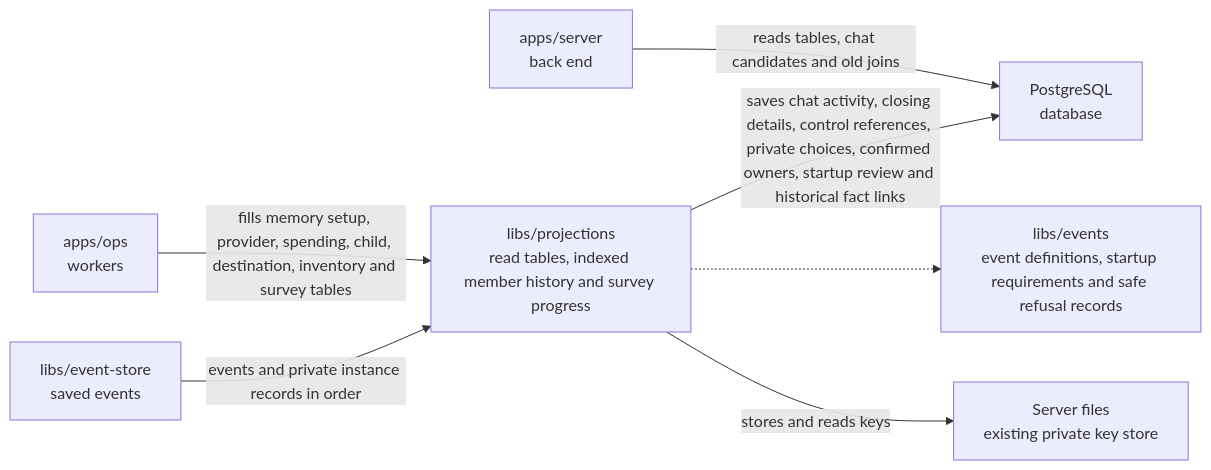
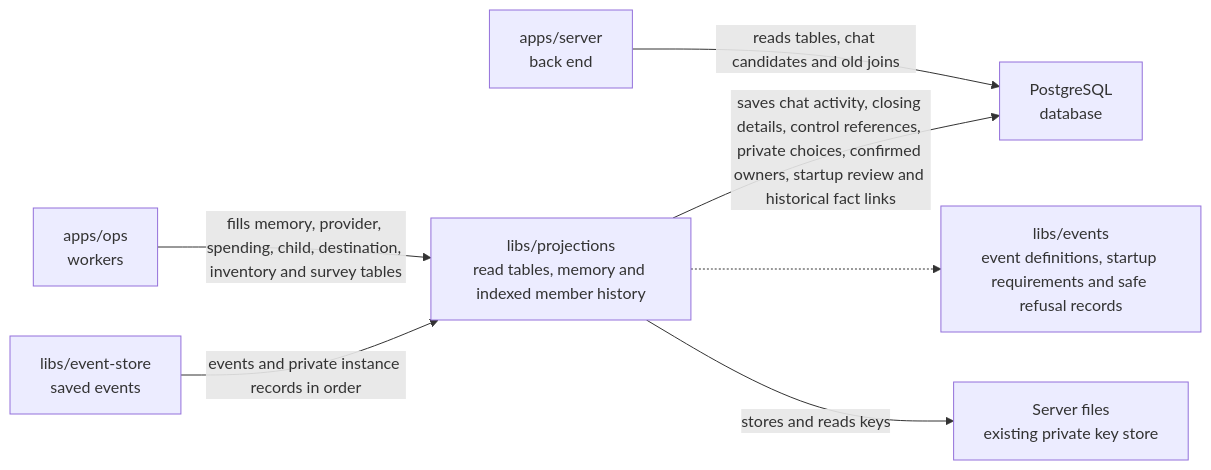
One commit to elewa-git/opencrane-new changed the diagram in libs/projections/README.md. Above: the diagram before and after it, drawn with Mermaid. The commit also changed other lines of this file and 16 other files, not shown here.

````diff
--- a/libs/projections/README.md
+++ b/libs/projections/README.md
@@ -23,9 +23,9 @@
 ```mermaid
 flowchart LR
-  ops["apps/ops<br/>workers"] -->|fills memory setup, provider, spending, child, destination, inventory and survey tables| projections["libs/projections<br/>read tables, indexed member history and survey progress"]
+  ops["apps/ops<br/>workers"] -->|fills memory, provider, spending, child, destination, inventory and survey tables| projections["libs/projections<br/>read tables, memory and indexed member history"]
   server["apps/server<br/>back end"] -->|reads tables, chat candidates and old joins| pg["PostgreSQL<br/>database"]
   projections -->|saves chat activity, closing details, control references, private choices, confirmed owners, startup review and historical fact links| pg
   store["libs/event-store<br/>saved events"] -->|events and private instance records in order| projections
   projections -.-> events["libs/events<br/>event definitions, startup requirements and safe refusal records"]
   projections -->|stores and reads keys| keys["Server files<br/>existing private key store"]
 ```
````
